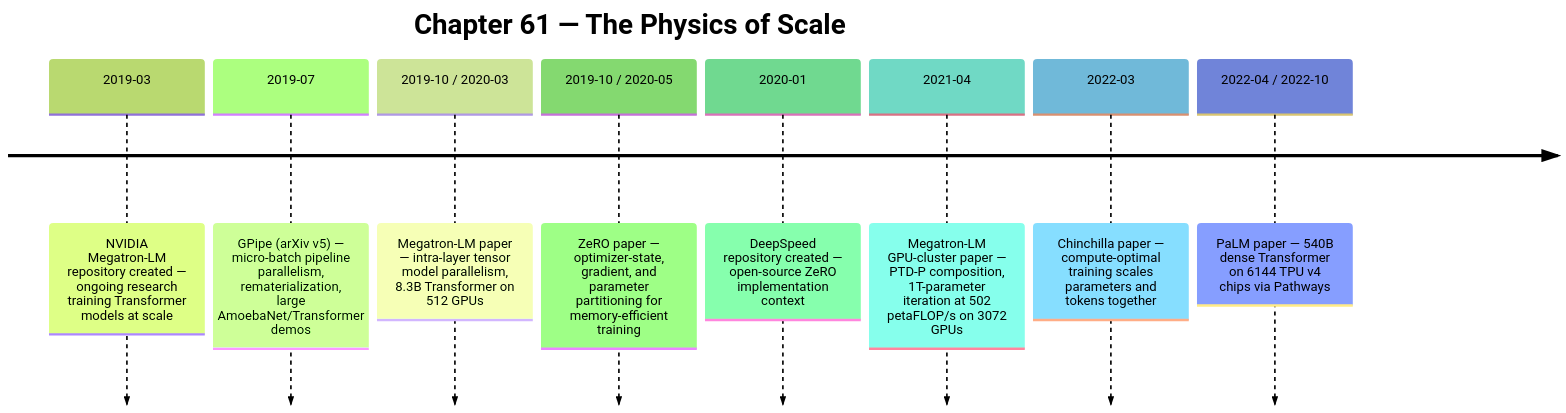
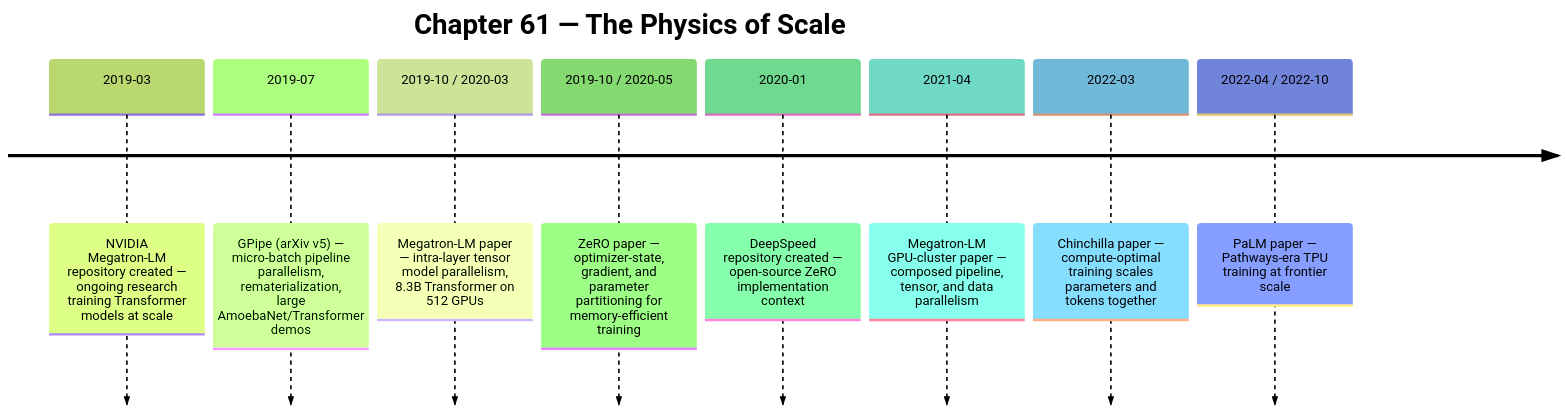
Before and after one commit to kube-dojo/kube-dojo: the diagram in src/content/docs/ai-history/ch-61-the-physics-of-scale.md, drawn with Mermaid (forest theme). The commit also changed other lines of this file and 2 other files, not shown here.

````diff
--- a/src/content/docs/ai-history/ch-61-the-physics-of-scale.md
+++ b/src/content/docs/ai-history/ch-61-the-physics-of-scale.md
@@ -29,12 +29,12 @@
 ```mermaid
 timeline
     title Chapter 61 — The Physics of Scale
     2019-03 : NVIDIA Megatron-LM repository created — ongoing research training Transformer models at scale
     2019-07 : GPipe (arXiv v5) — micro-batch pipeline parallelism, rematerialization, large AmoebaNet/Transformer demos
     2019-10 / 2020-03 : Megatron-LM paper — intra-layer tensor model parallelism, 8.3B Transformer on 512 GPUs
     2019-10 / 2020-05 : ZeRO paper — optimizer-state, gradient, and parameter partitioning for memory-efficient training
     2020-01 : DeepSpeed repository created — open-source ZeRO implementation context
-    2021-04 : Megatron-LM GPU-cluster paper — PTD-P composition, 1T-parameter iteration at 502 petaFLOP/s on 3072 GPUs
+    2021-04 : Megatron-LM GPU-cluster paper — composed pipeline, tensor, and data parallelism
     2022-03 : Chinchilla paper — compute-optimal training scales parameters and tokens together
-    2022-04 / 2022-10 : PaLM paper — 540B dense Transformer on 6144 TPU v4 chips via Pathways
+    2022-04 / 2022-10 : PaLM paper — Pathways-era TPU training at frontier scale
 ```
````
